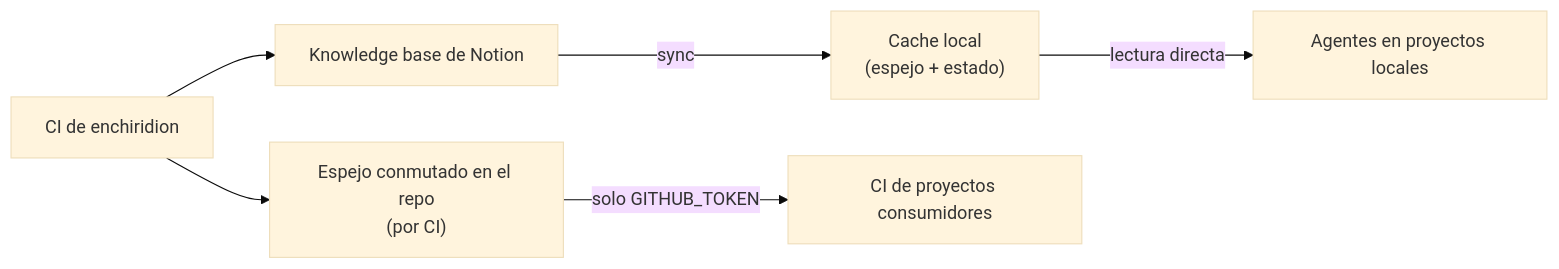
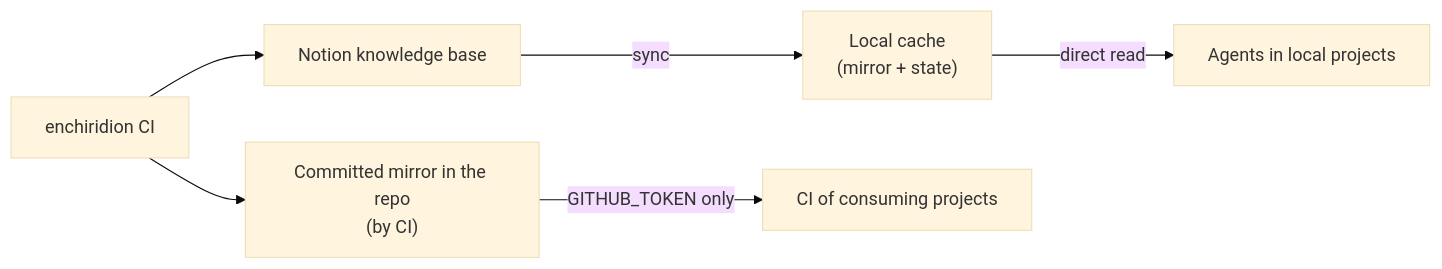
The diagram in specs/architecture.md (iyaki/enchiridion), drawn with Mermaid (base theme) before and after one commit. The commit also changed other lines of this file and 9 other files, not shown here.

Commit message:
docs: translate all documentation to English; document English-only convention (AGENTS.md, specs index)

````diff
--- a/specs/architecture.md
+++ b/specs/architecture.md
@@ -8,8 +8,8 @@
 ```mermaid
 graph LR
-    Notion["Knowledge base de Notion"] -->|"sync"| Cache["Cache local<br>(espejo + estado)"]
-    Cache -->|"lectura directa"| Agent["Agentes en proyectos locales"]
-    Repo["Espejo conmutado en el repo<br>(por CI)"] -->|"solo GITHUB_TOKEN"| CIC["CI de proyectos consumidores"]
-    CIR["CI de enchiridion"] --> Repo
+    Notion["Notion knowledge base"] -->|"sync"| Cache["Local cache<br>(mirror + state)"]
+    Cache -->|"direct read"| Agent["Agents in local projects"]
+    Repo["Committed mirror in the repo<br>(by CI)"] -->|"GITHUB_TOKEN only"| CIC["CI of consuming projects"]
+    CIR["enchiridion CI"] --> Repo
     CIR --> Notion
 ```
````
